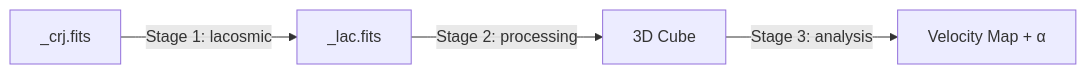
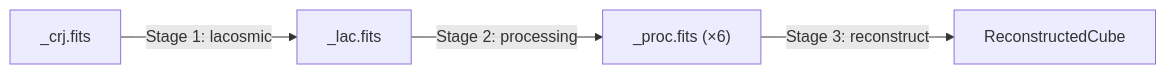
One commit to HisadaRintaro/stis_analysis changed the diagram in README.md. Above: the diagram before and after it, drawn with Mermaid. The commit also changed other lines of this file, not shown here.

First line of the commit message:
docs: reconstruct モジュール設計に合わせてロードマップを更新

````diff
--- a/README.md
+++ b/README.md
@@ -9,6 +9,6 @@
 ```mermaid
 graph LR
     A["_crj.fits"] -->|"Stage 1: lacosmic"| B["_lac.fits"]
-    B -->|"Stage 2: processing"| C["3D Cube"]
-    C -->|"Stage 3: analysis"| D["Velocity Map + α"]
+    B -->|"Stage 2: processing"| C["_proc.fits (×6)"]
+    C -->|"Stage 3: reconstruct"| D["ReconstructedCube"]
 ```
````
